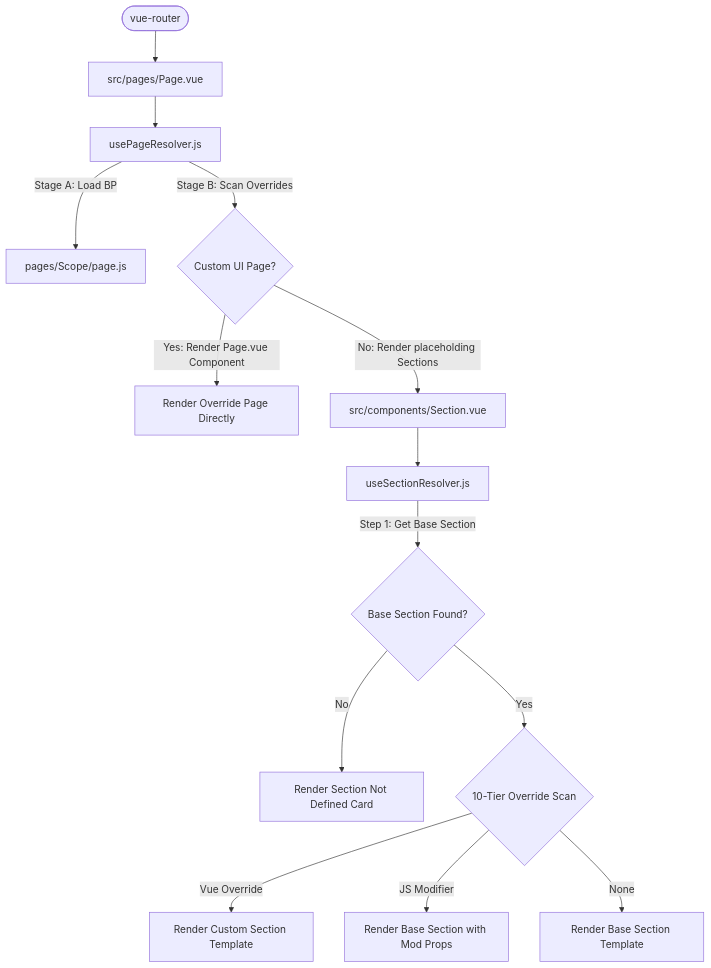
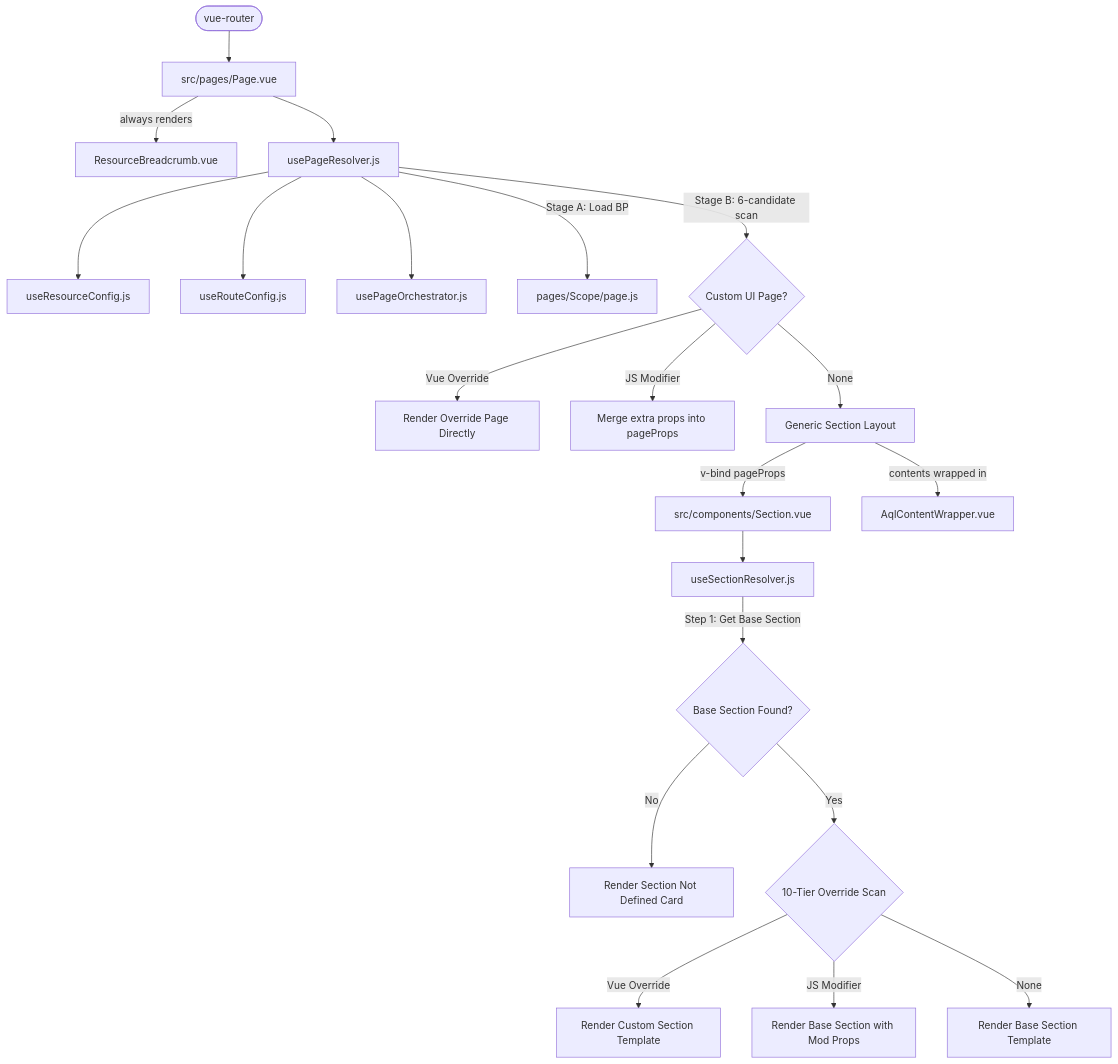
The diagram in Documents/AQL_PAGE_AND_SECTION_SYSTEM.md (firumon/little-leap-aql), drawn with Mermaid before and after one commit. The commit also changed other lines of this file and 1 other file, not shown here.

First line of the commit message:
docs(sections): update page and section system guides and initialization prompt

````diff
--- a/Documents/AQL_PAGE_AND_SECTION_SYSTEM.md
+++ b/Documents/AQL_PAGE_AND_SECTION_SYSTEM.md
@@ -11,19 +11,27 @@
 ```mermaid
 graph TD
     Router([vue-router]) --> PageVue[src/pages/Page.vue]
+    PageVue --> |always renders| Breadcrumb[ResourceBreadcrumb.vue]
     PageVue --> usePageResolver[usePageResolver.js]
-    usePageResolver -->|Stage A: Load BP| BaseContract[pages/Scope/page.js]
-    usePageResolver -->|Stage B: Scan Overrides| CustomUiPages{Custom UI Page?}
-    
-    CustomUiPages -->|Yes: Render Page.vue Component| CustomPage[Render Override Page Directly]
-    CustomUiPages -->|No: Render placeholding Sections| SectionVue[src/components/Section.vue]
-    
+    usePageResolver --> useResourceConfig[useResourceConfig.js]
+    usePageResolver --> useRouteConfig[useRouteConfig.js]
+    usePageResolver --> usePageOrchestrator[usePageOrchestrator.js]
+    usePageResolver --> |Stage A: Load BP| BaseContract[pages/Scope/page.js]
+    usePageResolver --> |Stage B: 6-candidate scan| CustomUiPages{Custom UI Page?}
+
+    CustomUiPages --> |Vue Override| CustomPage[Render Override Page Directly]
+    CustomUiPages --> |JS Modifier| MergeProps[Merge extra props into pageProps]
+    CustomUiPages --> |None| SectionLayout[Generic Section Layout]
+
+    SectionLayout --> |v-bind pageProps| SectionVue[src/components/Section.vue]
+    SectionLayout --> |contents wrapped in| AqlContentWrapper[AqlContentWrapper.vue]
+
     SectionVue --> useSectionResolver[useSectionResolver.js]
-    useSectionResolver -->|Step 1: Get Base Section| BaseSection{Base Section Found?}
-    BaseSection -->|No| UndefinedCard[Render Section Not Defined Card]
-    BaseSection -->|Yes| OverrideScan{10-Tier Override Scan}
-    
-    OverrideScan -->|Vue Override| CustomSection[Render Custom Section Template]
-    OverrideScan -->|JS Modifier| RenderBaseWithJS[Render Base Section with Mod Props]
-    OverrideScan -->|None| RenderBase[Render Base Section Template]
+    useSectionResolver --> |Step 1: Get Base Section| BaseSection{Base Section Found?}
+    BaseSection --> |No| UndefinedCard[Render Section Not Defined Card]
+    BaseSection --> |Yes| OverrideScan{10-Tier Override Scan}
+
+    OverrideScan --> |Vue Override| CustomSection[Render Custom Section Template]
+    OverrideScan --> |JS Modifier| RenderBaseWithJS[Render Base Section with Mod Props]
+    OverrideScan --> |None| RenderBase[Render Base Section Template]
 ```
````
